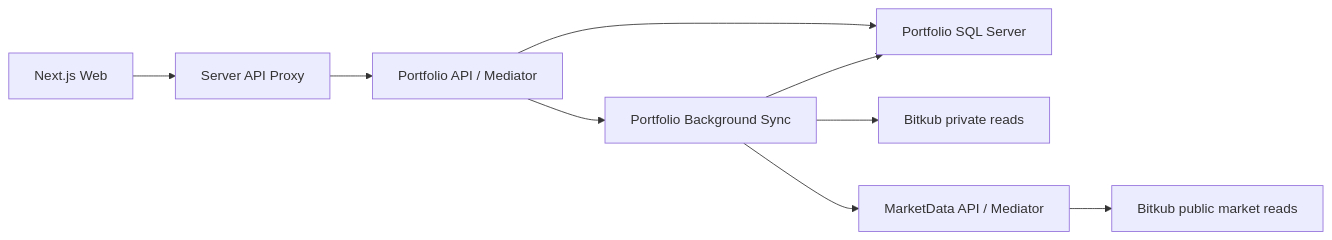
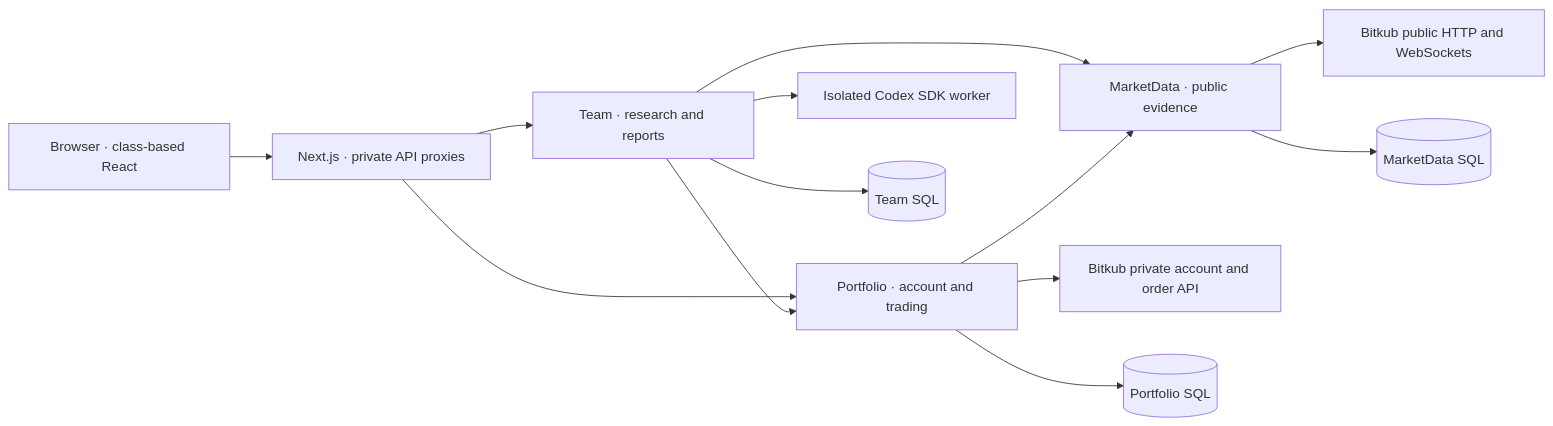
Before and after one commit to phumin89/quantara: the diagram in docs/architecture.md, drawn with Mermaid. The commit also changed other lines of this file and 295 other files, not shown here.

First line of the commit message:
feat: refine trading research and operations

````diff
--- a/docs/architecture.md
+++ b/docs/architecture.md
@@ -6,11 +8,15 @@
 ```mermaid
 flowchart LR
-    Web["Next.js Web"] --> Proxy["Server API Proxy"]
-    Proxy --> Portfolio["Portfolio API / Mediator"]
-    Portfolio --> SQL["Portfolio SQL Server"]
-    Portfolio --> Sync["Portfolio Background Sync"]
-    Sync --> Account["Bitkub private reads"]
-    Sync --> Market["MarketData API / Mediator"]
-    Market --> Public["Bitkub public market reads"]
-    Sync --> SQL
+    Browser["Browser · class-based React"] --> Web["Next.js · private API proxies"]
+    Web --> Portfolio["Portfolio · account and trading"]
+    Web --> Team["Team · research and reports"]
+    Team --> Portfolio
+    Team --> Market["MarketData · public evidence"]
+    Portfolio --> Market
+    Market --> Public["Bitkub public HTTP and WebSockets"]
+    Portfolio --> Private["Bitkub private account and order API"]
+    Team --> Worker["Isolated Codex SDK worker"]
+    Portfolio --> PDB[("Portfolio SQL")]
+    Market --> MDB[("MarketData SQL")]
+    Team --> TDB[("Team SQL")]
 ```
````
